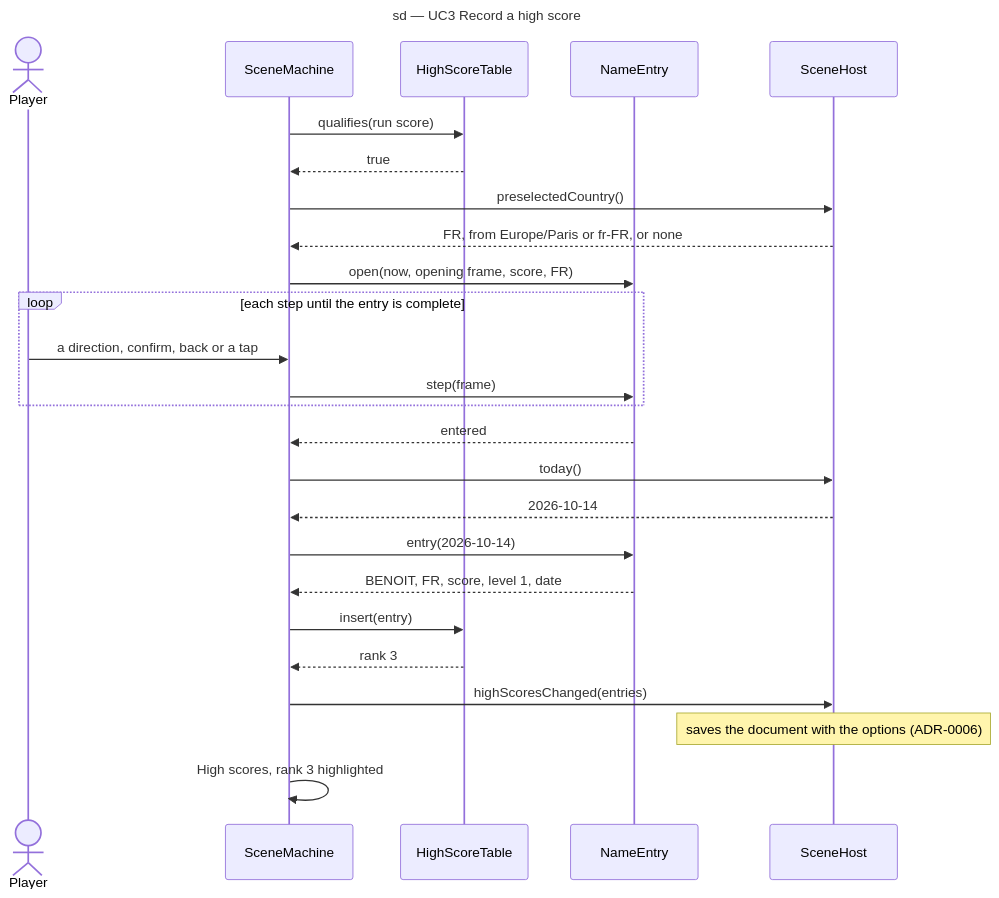
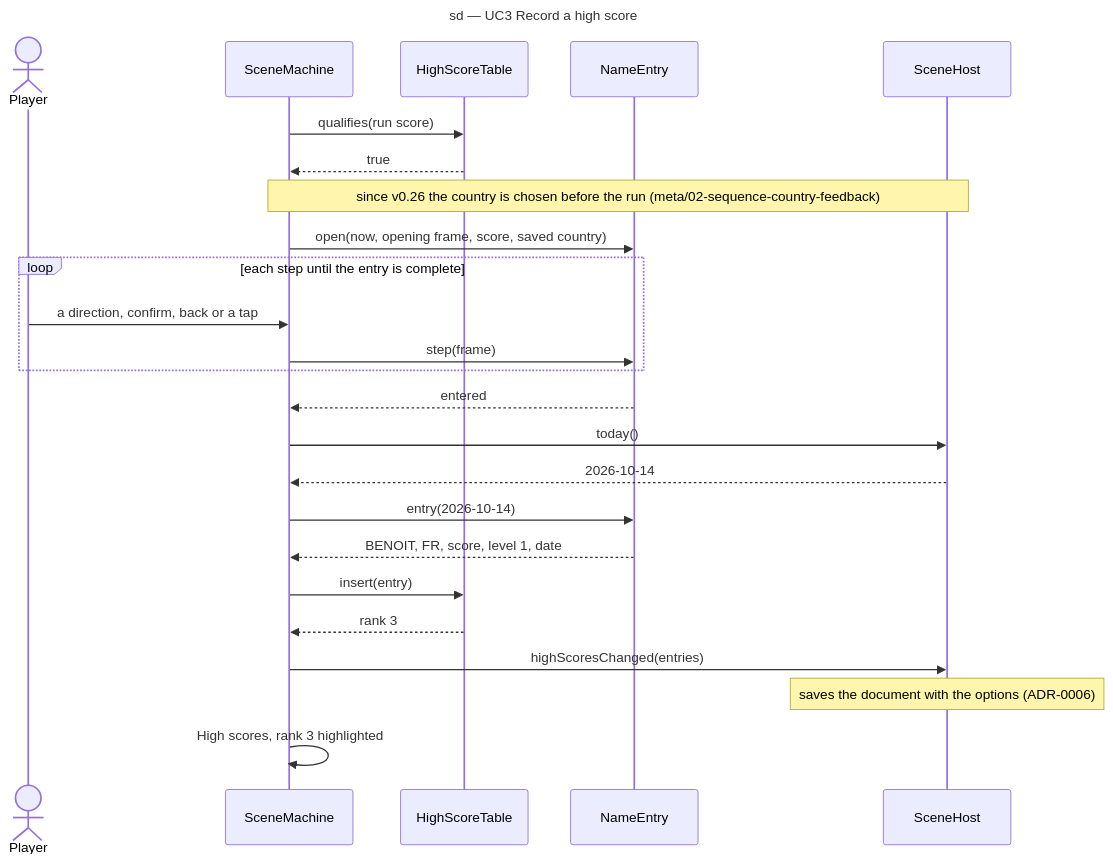
The diagram in docs/architecture/diagrams/meta/02-sequence-record-high-score.md (benoit-bremaud/retro-shmup), drawn with Mermaid before and after one commit. The commit also changed other lines of this file and 11 other files, not shown here.

First line of the commit message:
docs(design): GDD v0.34, ADR-0030 and UML — choose the country by flag (#145) (#161)

````diff
--- a/docs/architecture/diagrams/meta/02-sequence-record-high-score.md
+++ b/docs/architecture/diagrams/meta/02-sequence-record-high-score.md
@@ -17,28 +17,27 @@
 ```mermaid
 sequenceDiagram
   title sd — UC3 Record a high score
   actor Player
   participant Scenes as SceneMachine
   participant Table as HighScoreTable
   participant Entry as NameEntry
   participant Host as SceneHost
   Scenes->>Table: qualifies(run score)
   Table-->>Scenes: true
-  Scenes->>Host: preselectedCountry()
-  Host-->>Scenes: FR, from Europe/Paris or fr-FR, or none
-  Scenes->>Entry: open(now, opening frame, score, FR)
+  Note over Scenes,Host: since v0.26 the country is chosen before the run (meta/02-sequence-country-feedback)
+  Scenes->>Entry: open(now, opening frame, score, saved country)
   loop each step until the entry is complete
     Player->>Scenes: a direction, confirm, back or a tap
     Scenes->>Entry: step(frame)
   end
   Entry-->>Scenes: entered
   Scenes->>Host: today()
   Host-->>Scenes: 2026-10-14
   Scenes->>Entry: entry(2026-10-14)
   Entry-->>Scenes: BENOIT, FR, score, level 1, date
   Scenes->>Table: insert(entry)
   Table-->>Scenes: rank 3
   Scenes->>Host: highScoresChanged(entries)
   Note over Host: saves the document with the options (ADR-0006)
   Scenes->>Scenes: High scores, rank 3 highlighted
 ```
````
